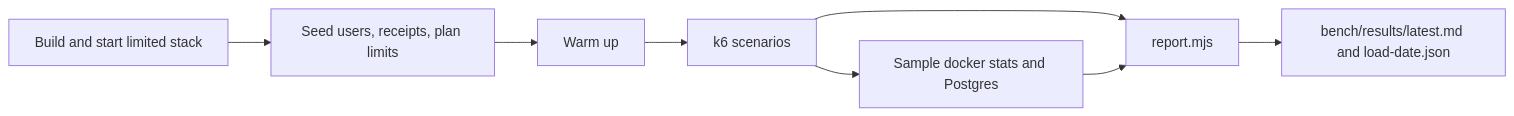
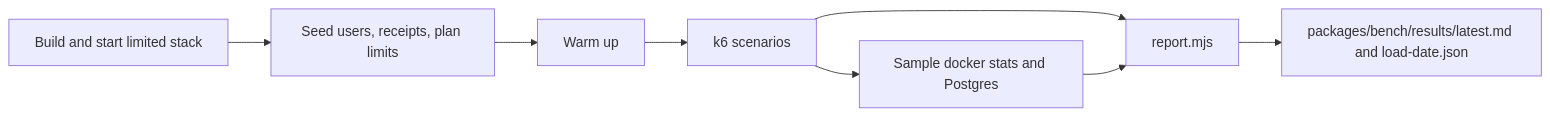
The second of 3 diagrams in docs/architecture/tooling.md (bhimrazy/receipt-ocr-app), drawn with Mermaid before and after one commit. The commit also changed other lines of this file and 79 other files, not shown here.

````diff
--- a/docs/architecture/tooling.md
+++ b/docs/architecture/tooling.md
@@ -65,10 +65,10 @@
 ```mermaid
 flowchart LR
   A[Build and start limited stack] --> B[Seed users, receipts, plan limits]
   B --> C[Warm up]
   C --> D[k6 scenarios]
   D --> E[Sample docker stats and Postgres]
   D --> F[report.mjs]
   E --> F
-  F --> G[bench/results/latest.md and load-date.json]
+  F --> G[packages/bench/results/latest.md and load-date.json]
 ```
````
